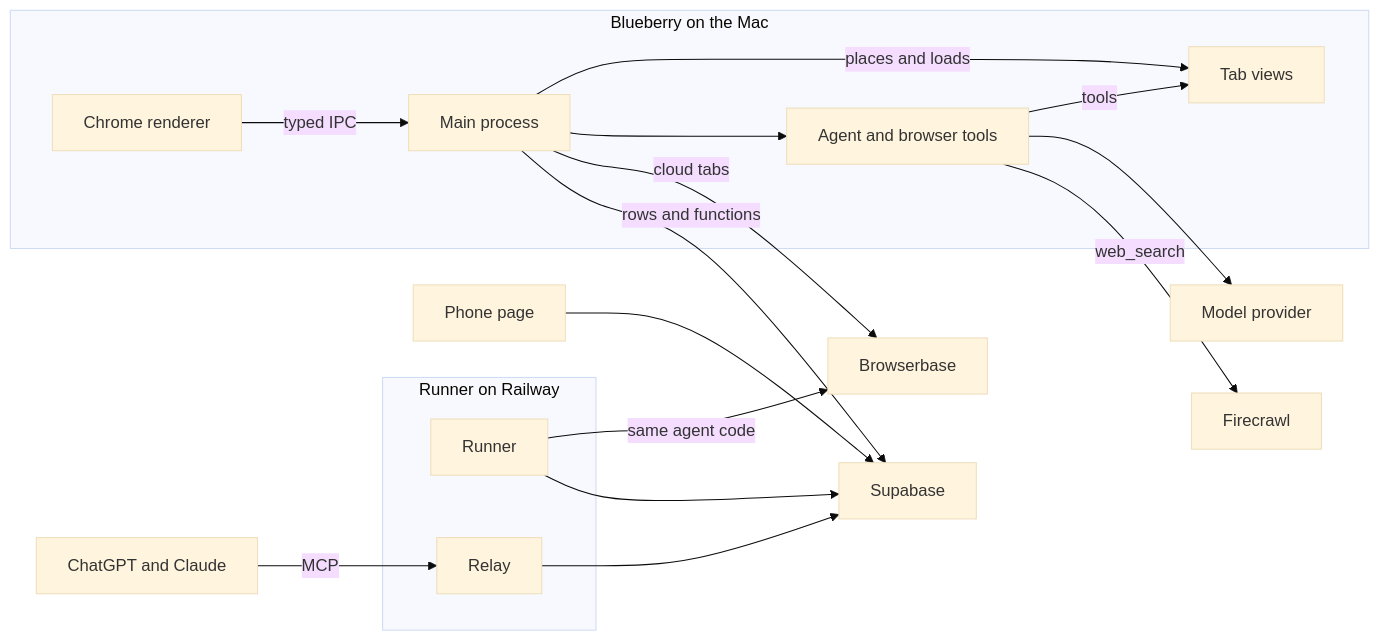
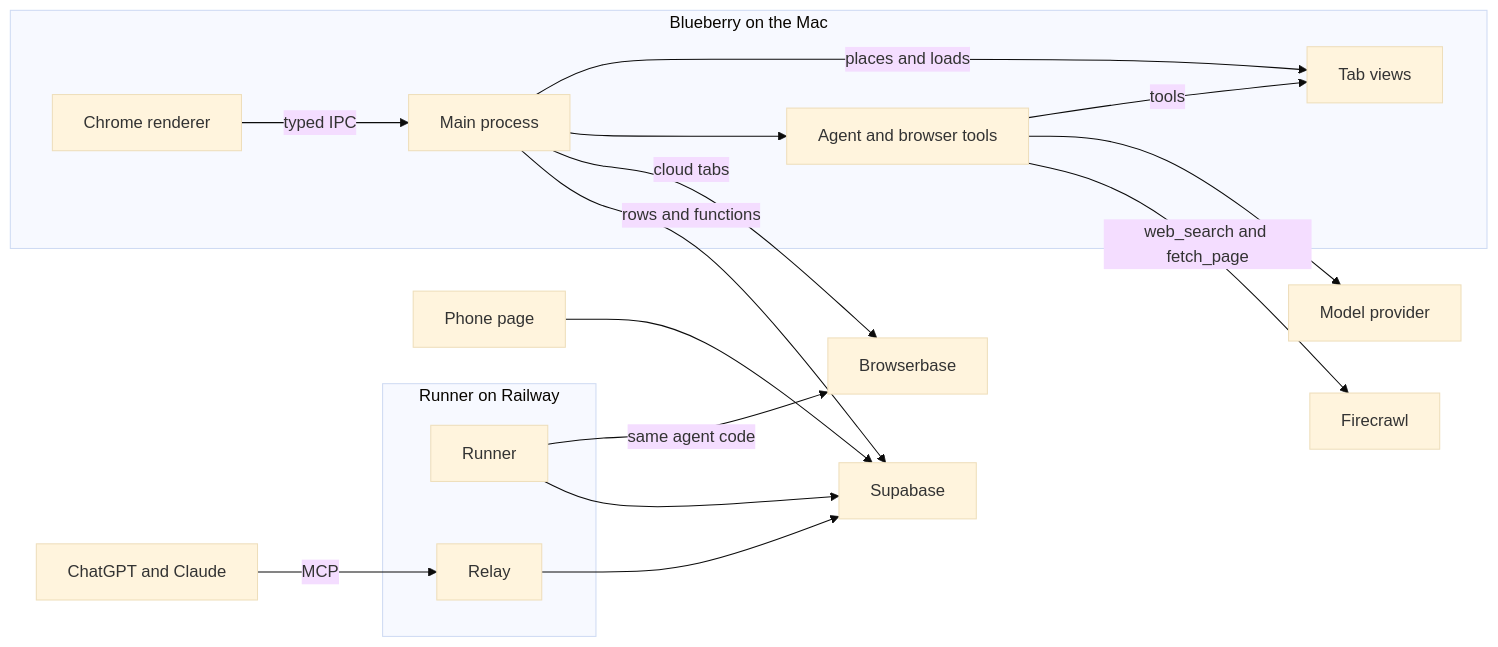
One commit to Luddeforsberg/blueberry-browser changed the diagram in docs/ARCHITECTURE.md. Above: the diagram before and after it, drawn with Mermaid (base theme). The commit also changed other lines of this file and 11 other files, not shown here.

First line of the commit message:
Let Berry read a public page in one call with fetch_page, through Firecrawl

````diff
--- a/docs/ARCHITECTURE.md
+++ b/docs/ARCHITECTURE.md
@@ -5,33 +5,33 @@
 ```mermaid
 flowchart LR
   subgraph Mac[Blueberry on the Mac]
     Chrome[Chrome renderer]
     Main[Main process]
     Tabs[Tab views]
     Agent[Agent and browser tools]
   end
   Model[Model provider]
   Supabase[Supabase]
   subgraph Railway[Runner on Railway]
     Runner[Runner]
     Relay[Relay]
   end
   Browserbase[Browserbase]
   Phone[Phone page]
   Apps[ChatGPT and Claude]
   Search[Firecrawl]
 
   Chrome -- typed IPC --> Main
   Main -- places and loads --> Tabs
   Main --> Agent
   Agent -- tools --> Tabs
   Agent --> Model
-  Agent -- web_search --> Search
+  Agent -- web_search and fetch_page --> Search
   Main -- cloud tabs --> Browserbase
   Main -- rows and functions --> Supabase
   Runner -- same agent code --> Browserbase
   Runner --> Supabase
   Phone --> Supabase
   Apps -- MCP --> Relay
   Relay --> Supabase
 ```
````
